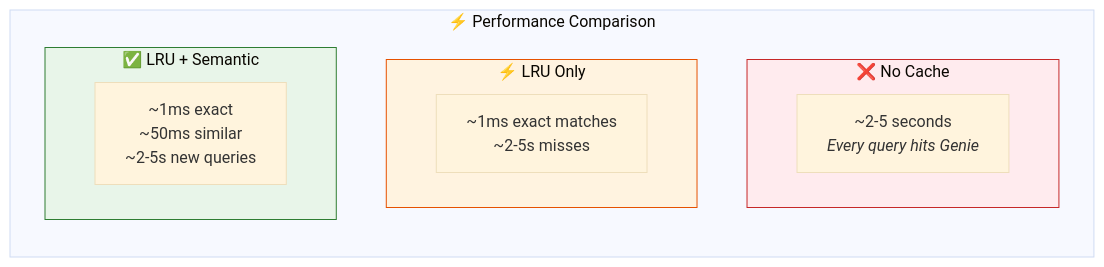
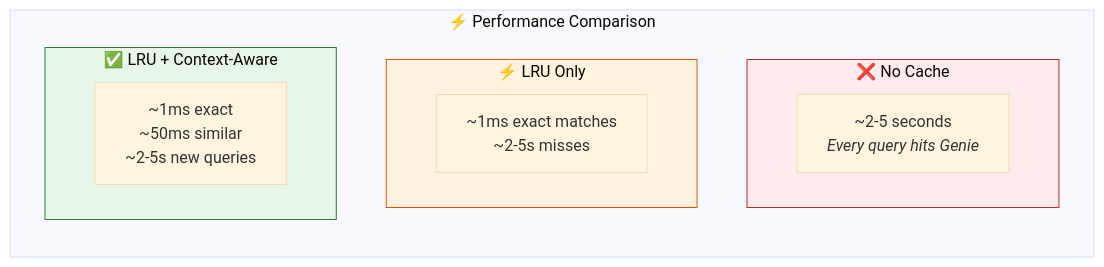
One commit to natefleming/retail-ai changed the fifth of 6 diagrams in config/examples/04_genie/README.md. Above: the diagram before and after it, drawn with Mermaid. The commit also changed other lines of this file and 25 other files, not shown here.

````diff
--- a/config/examples/04_genie/README.md
+++ b/config/examples/04_genie/README.md
@@ -213,21 +213,21 @@
 ```mermaid
 %%{init: {'theme': 'base'}}%%
 graph LR
     subgraph Performance["⚡ Performance Comparison"]
         subgraph NoCache["❌ No Cache"]
             NC["~2-5 seconds<br/><i>Every query hits Genie</i>"]
         end
         
         subgraph LRUOnly["⚡ LRU Only"]
             LO["~1ms exact matches<br/>~2-5s misses"]
         end
         
-        subgraph Both["✅ LRU + Semantic"]
+        subgraph Both["✅ LRU + Context-Aware"]
             B["~1ms exact<br/>~50ms similar<br/>~2-5s new queries"]
         end
     end
 
     style NoCache fill:#ffebee,stroke:#c62828
     style LRUOnly fill:#fff3e0,stroke:#e65100
     style Both fill:#e8f5e9,stroke:#2e7d32
 ```
````
